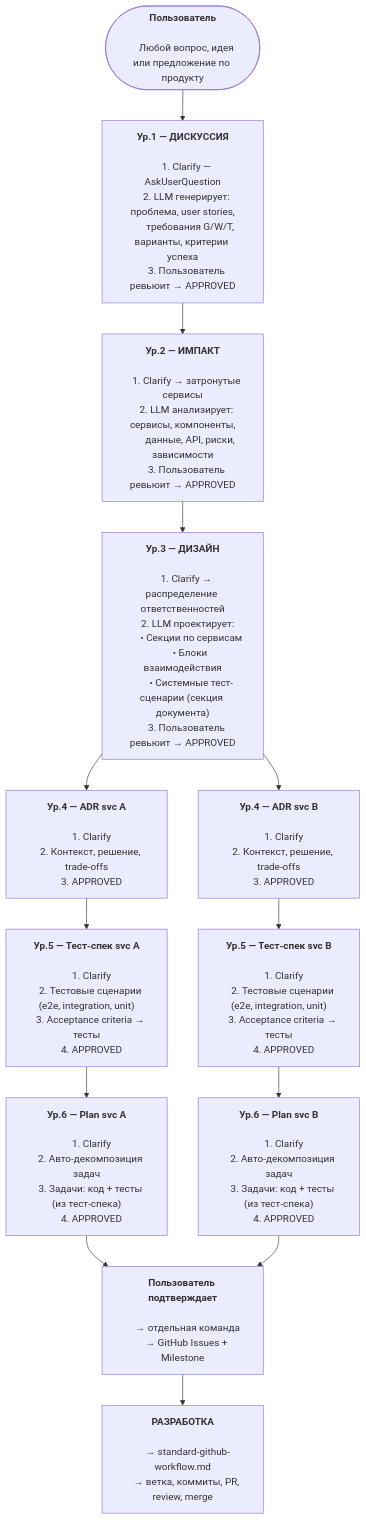
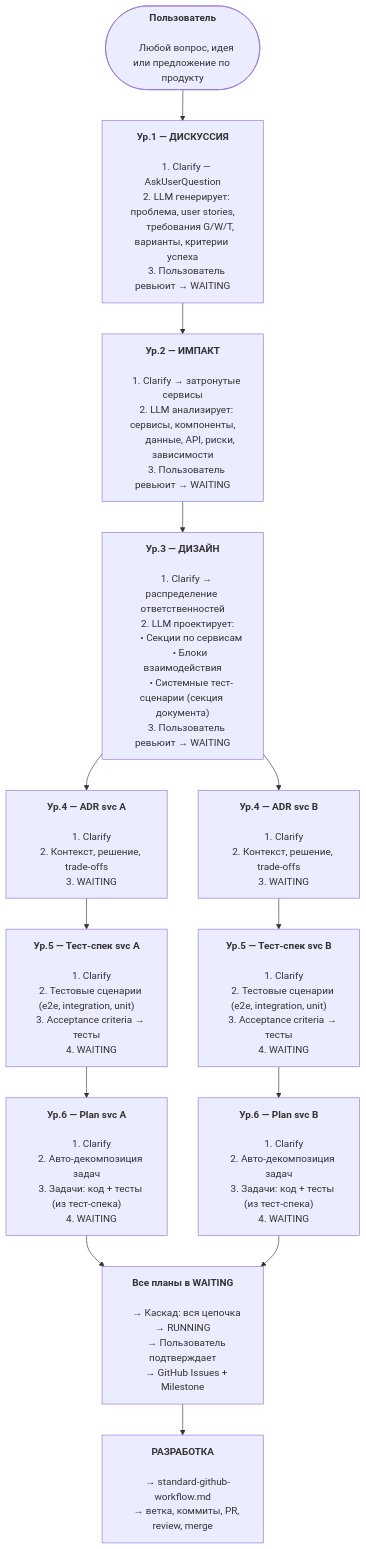
One commit to NSEvteev/FullSpec changed the second of 5 diagrams in .claude/drafts/2026-02-08-specs-architecture.md. Above: the diagram before and after it, drawn with Mermaid. The commit also changed other lines of this file, not shown here.

```diff
--- a/.claude/drafts/2026-02-08-specs-architecture.md
+++ b/.claude/drafts/2026-02-08-specs-architecture.md
@@ -200,14 +200,14 @@
     1. Clarify — AskUserQuestion
     2. LLM генерирует: проблема, user stories,
        требования G/W/T, варианты, критерии успеха
-    3. Пользователь ревьюит → APPROVED"]
+    3. Пользователь ревьюит → WAITING"]
 
     IMP["<b>Ур.2 — ИМПАКТ</b>
 
     1. Clarify → затронутые сервисы
     2. LLM анализирует: сервисы, компоненты,
        данные, API, риски, зависимости
-    3. Пользователь ревьюит → APPROVED"]
+    3. Пользователь ревьюит → WAITING"]
 
     DES["<b>Ур.3 — ДИЗАЙН</b>
 
@@ -216,51 +216,52 @@
        • Секции по сервисам
        • Блоки взаимодействия
        • Системные тест-сценарии (секция документа)
-    3. Пользователь ревьюит → APPROVED"]
+    3. Пользователь ревьюит → WAITING"]
 
     ADRA["<b>Ур.4 — ADR svc A</b>
 
     1. Clarify
     2. Контекст, решение, trade-offs
-    3. APPROVED"]
+    3. WAITING"]
 
     ADRB["<b>Ур.4 — ADR svc B</b>
 
     1. Clarify
     2. Контекст, решение, trade-offs
-    3. APPROVED"]
+    3. WAITING"]
 
     TESTA["<b>Ур.5 — Тест-спек svc A</b>
 
     1. Clarify
     2. Тестовые сценарии (e2e, integration, unit)
     3. Acceptance criteria → тесты
-    4. APPROVED"]
+    4. WAITING"]
 
     TESTB["<b>Ур.5 — Тест-спек svc B</b>
 
     1. Clarify
     2. Тестовые сценарии (e2e, integration, unit)
     3. Acceptance criteria → тесты
-    4. APPROVED"]
+    4. WAITING"]
 
     PLANA["<b>Ур.6 — Plan svc A</b>
 
     1. Clarify
     2. Авто-декомпозиция задач
     3. Задачи: код + тесты (из тест-спека)
-    4. APPROVED"]
+    4. WAITING"]
 
     PLANB["<b>Ур.6 — Plan svc B</b>
 
     1. Clarify
     2. Авто-декомпозиция задач
     3. Задачи: код + тесты (из тест-спека)
-    4. APPROVED"]
+    4. WAITING"]
 
-    CONFIRM["<b>Пользователь подтверждает</b>
+    CONFIRM["<b>Все планы в WAITING</b>
 
-    → отдельная команда
+    → Каскад: вся цепочка → RUNNING
+    → Пользователь подтверждает
     → GitHub Issues + Milestone"]
 
     DEVX["<b>РАЗРАБОТКА</b>
```
